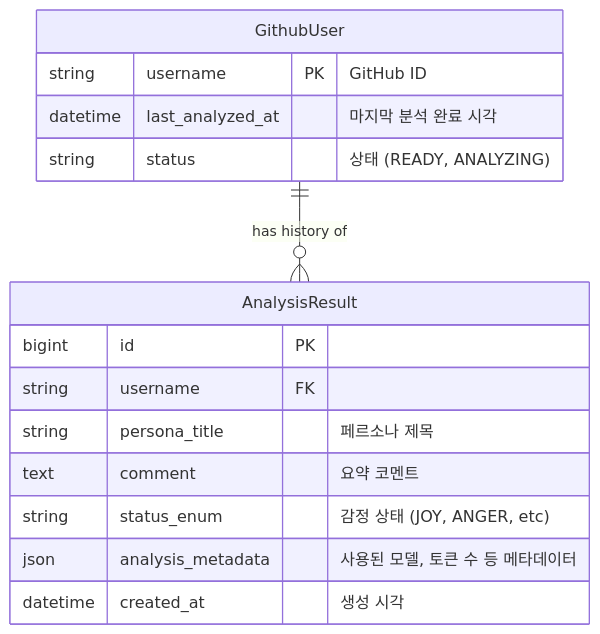
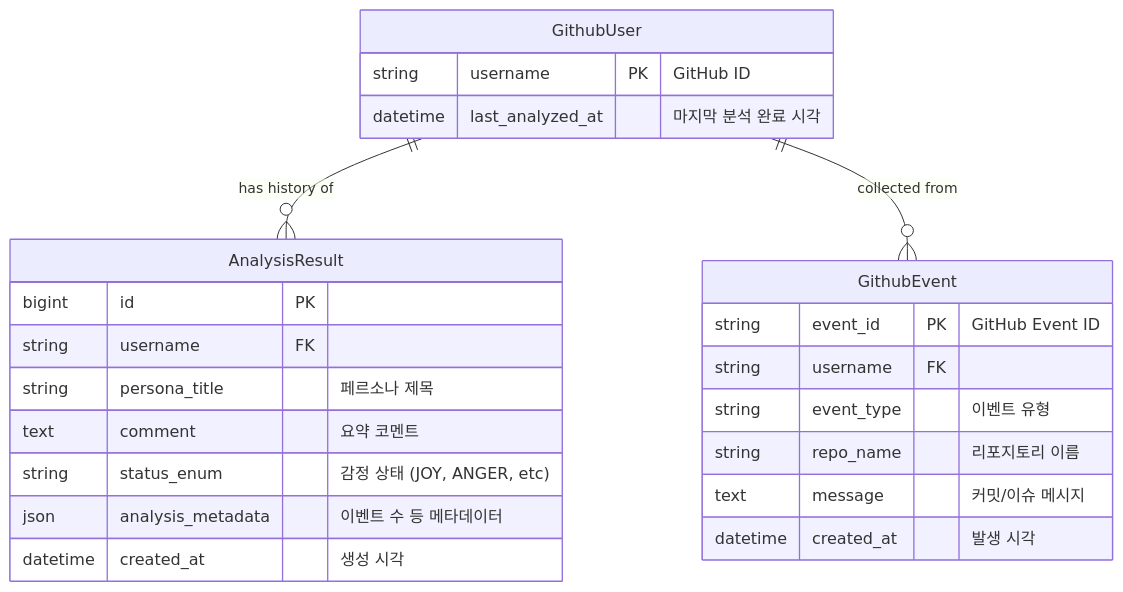
The diagram in specs/001-generate-emotion-card/data-model.md (beyondVS/git-emotion-card), drawn with Mermaid before and after one commit. The commit also changed other lines of this file and 4 other files, not shown here.

````diff
--- a/specs/001-generate-emotion-card/data-model.md
+++ b/specs/001-generate-emotion-card/data-model.md
@@ -5,20 +5,29 @@
 ```mermaid
 erDiagram
-    GithubUser ||--o{ AnalysisResult : "has history of"
-    
+    GithubUser ||--o{ AnalysisResult: "has history of"
+    GithubUser ||--o{ GithubEvent: "collected from"
+
     GithubUser {
         string username PK "GitHub ID"
         datetime last_analyzed_at "마지막 분석 완료 시각"
-        string status "상태 (READY, ANALYZING)"
+    }
+
+    GithubEvent {
+        string event_id PK "GitHub Event ID"
+        string username FK
+        string event_type "이벤트 유형"
+        string repo_name "리포지토리 이름"
+        text message "커밋/이슈 메시지"
+        datetime created_at "발생 시각"
     }
 
     AnalysisResult {
         bigint id PK
         string username FK
         string persona_title "페르소나 제목"
         text comment "요약 코멘트"
         string status_enum "감정 상태 (JOY, ANGER, etc)"
-        json analysis_metadata "사용된 모델, 토큰 수 등 메타데이터"
+        json analysis_metadata "이벤트 수 등 메타데이터"
         datetime created_at "생성 시각"
     }
 ```
````
